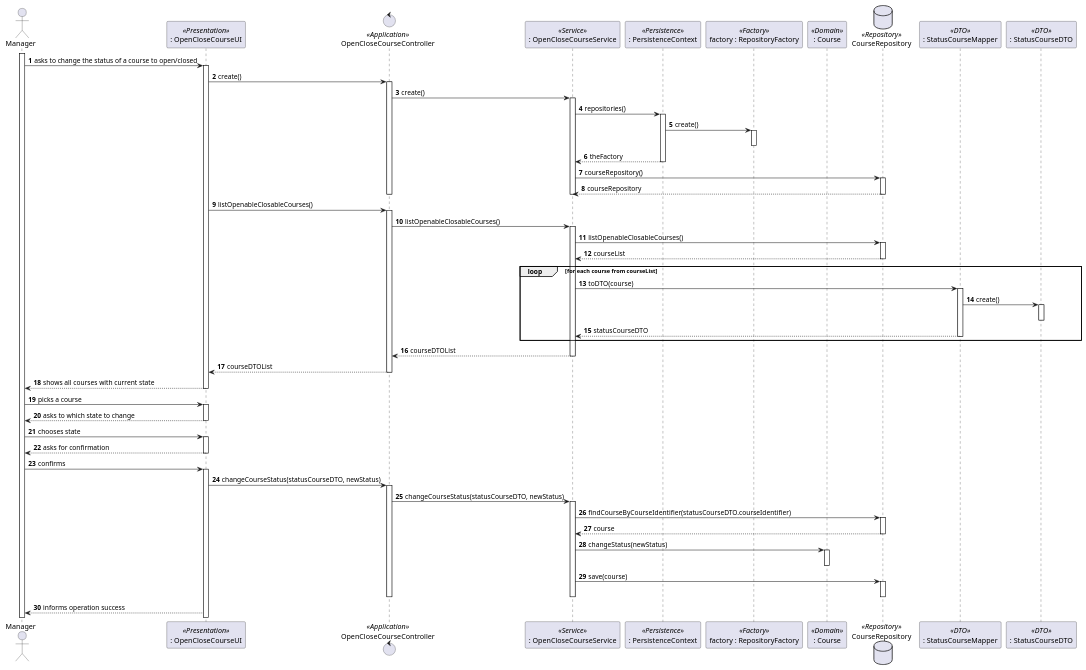
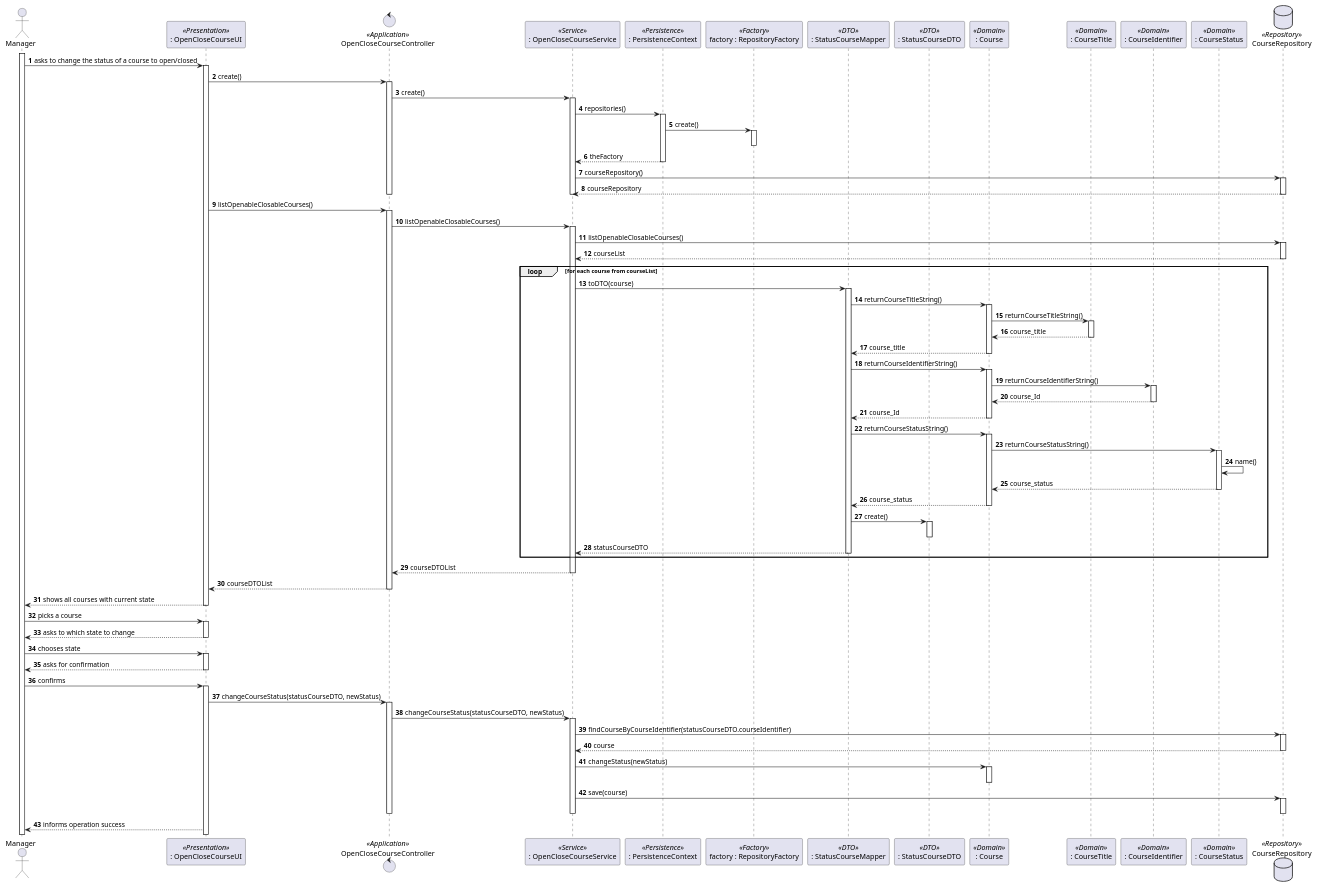
One commit to Marco-Nobrega-Andrade/sem4pi_22_23 changed the diagram in docs/Sprint_B/us_1004/us_1004_SD.puml. Above: the diagram before and after it, drawn with PlantUML. The commit also changed 3 other files, not shown here.

Commit message:
[US_1004][Design] Added methods in Course and its Value Objects to return their attributes as a String CD,SD

```diff
--- a/docs/Sprint_B/us_1004/us_1004_SD.puml
+++ b/docs/Sprint_B/us_1004/us_1004_SD.puml
@@ -1,97 +1,125 @@
 @startuml
 autonumber
 actor "Manager" as MGR
 
 participant ": OpenCloseCourseUI" as UI <<Presentation>>
 control "OpenCloseCourseController" as CTRL <<Application>>
 participant ": OpenCloseCourseService" as CSS <<Service>>
 participant ": PersistenceContext" as PC <<Persistence>>
 participant "factory : RepositoryFactory" as RF <<Factory>>
-participant ": Course" as C <<Domain>>
-database CourseRepository as CR <<Repository>>
 participant ": StatusCourseMapper" as CM <<DTO>>
 participant ": StatusCourseDTO" as CDTO <<DTO>>
+participant ": Course" as C <<Domain>>
+participant ": CourseTitle" as CT <<Domain>>
+participant ": CourseIdentifier" as CI <<Domain>>
+participant ": CourseStatus" as CS <<Domain>>
+database CourseRepository as CR <<Repository>>
 
 activate MGR
 MGR -> UI : asks to change the status of a course to open/closed
 activate UI
 UI -> CTRL  : create()
 activate CTRL
 CTRL -> CSS  : create()
 
 activate CSS
 CSS -> PC : repositories()
 activate PC
 PC -> RF : create()
 activate RF
 deactivate RF
 PC --> CSS : theFactory
 deactivate PC
 CSS ->CR : courseRepository()
 activate CR
 CR --> CSS : courseRepository
 deactivate CR
 deactivate CSS
 deactivate CTRL
 
 
 UI->CTRL : listOpenableClosableCourses()
 activate CTRL
 CTRL-> CSS : listOpenableClosableCourses()
 activate CSS
 CSS -> CR : listOpenableClosableCourses()
 activate CR
 CR --> CSS : courseList
 deactivate CR
 deactivate CR
 loop for each course from courseList
 CSS -> CM : toDTO(course)
 activate CM
+CM -> C : returnCourseTitleString()
+activate C
+C -> CT : returnCourseTitleString()
+activate CT
+CT --> C : course_title
+deactivate CT
+C --> CM : course_title
+deactivate C
+CM -> C : returnCourseIdentifierString()
+activate C
+C -> CI : returnCourseIdentifierString()
+activate CI
+CI --> C : course_Id
+deactivate CI
+C --> CM : course_Id
+deactivate C
+CM -> C : returnCourseStatusString()
+activate C
+C -> CS : returnCourseStatusString()
+activate CS
+CS -> CS : name()
+CS --> C : course_status
+deactivate CS
+C --> CM : course_status
+deactivate C
 CM -> CDTO : create()
 activate CDTO
 deactivate CDTO
 CM --> CSS : statusCourseDTO
 deactivate CM
 end loop
 CSS --> CTRL : courseDTOList
 deactivate CSS
 CTRL --> UI : courseDTOList
 deactivate CTRL
 
 UI --> MGR : shows all courses with current state
 deactivate UI
 
 MGR -> UI : picks a course
 activate UI
 
 UI --> MGR : asks to which state to change
 deactivate UI
 MGR -> UI : chooses state
 activate UI
 UI --> MGR : asks for confirmation
 deactivate UI
 
 MGR-> UI : confirms
 activate UI
 UI -> CTRL : changeCourseStatus(statusCourseDTO, newStatus)
 activate CTRL
 
 CTRL -> CSS : changeCourseStatus(statusCourseDTO, newStatus)
 activate CSS
 CSS -> CR : findCourseByCourseIdentifier(statusCourseDTO.courseIdentifier)
 activate CR
 CR --> CSS : course
 deactivate CR
 CSS -> C : changeStatus(newStatus)
 activate C
 deactivate C
 
 CSS -> CR : save(course)
 activate CR
 deactivate CR
 deactivate CSS
 deactivate CTRL
 
 UI--> MGR : informs operation success
 
 @enduml
```
